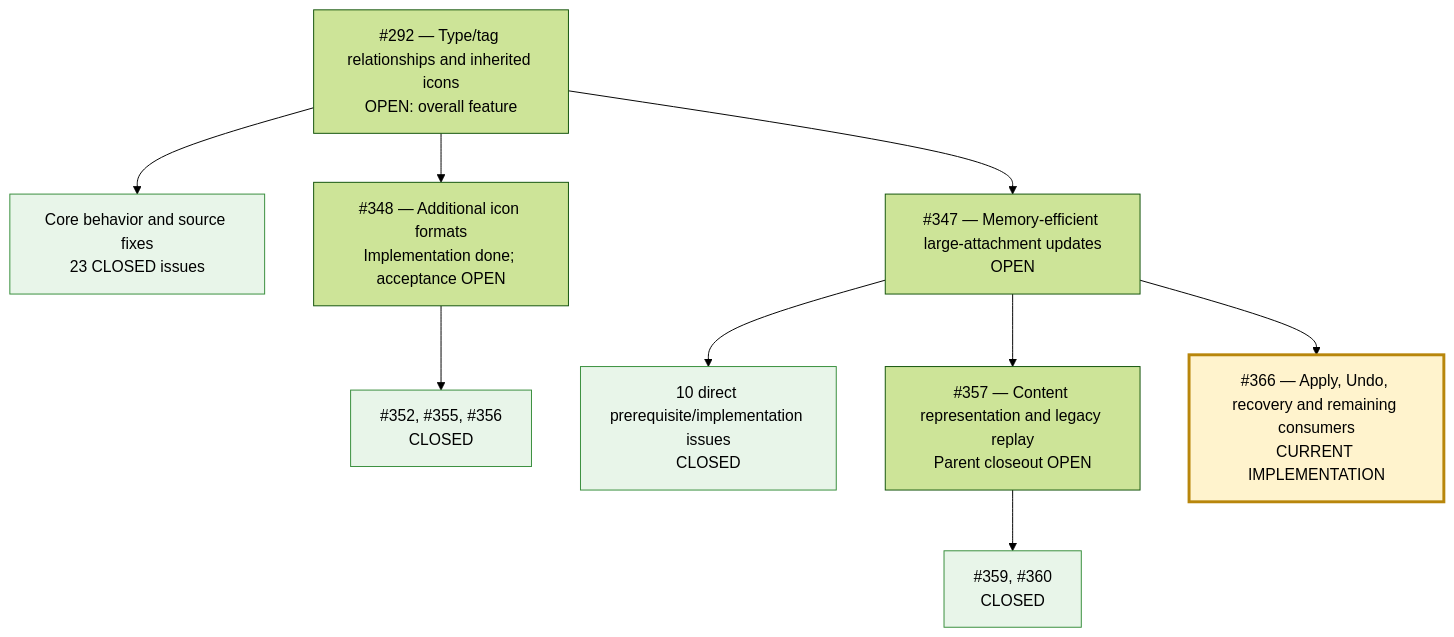
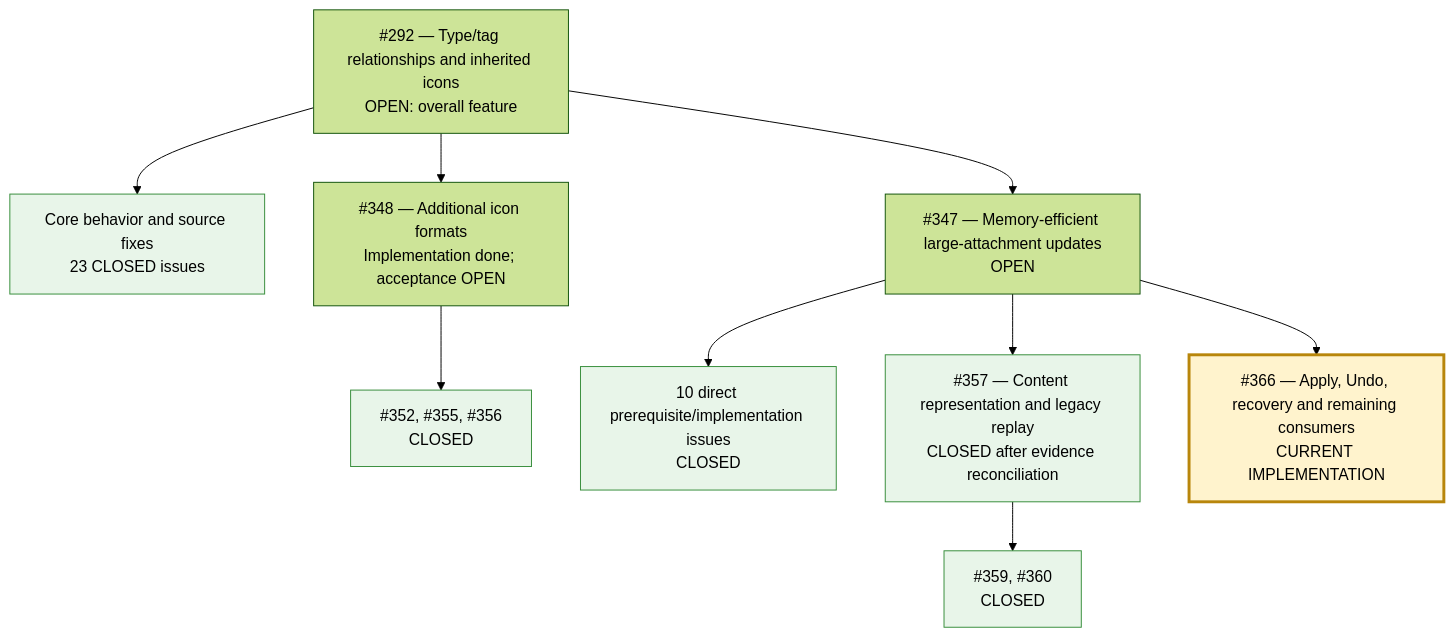
One commit to FuzzyUn1c0rn/brz2obsidian changed the diagram in ISSUE-OVERVIEW.md. Above: the diagram before and after it, drawn with Mermaid (forest theme). The commit also changed other lines of this file, not shown here.

Commit message:
Record completed content replay parent in issue overview

````diff
--- a/ISSUE-OVERVIEW.md
+++ b/ISSUE-OVERVIEW.md
@@ -21,18 +21,19 @@
 ```mermaid
 flowchart TD
     A["#292 — Type/tag relationships and inherited icons<br/>OPEN: overall feature"]
     A --> B["Core behavior and source fixes<br/>23 CLOSED issues"]
     A --> C["#348 — Additional icon formats<br/>Implementation done; acceptance OPEN"]
     C --> D["#352, #355, #356<br/>CLOSED"]
     A --> E["#347 — Memory-efficient large-attachment updates<br/>OPEN"]
     E --> F["10 direct prerequisite/implementation issues<br/>CLOSED"]
-    E --> G["#357 — Content representation and legacy replay<br/>Parent closeout OPEN"]
+    E --> G["#357 — Content representation and legacy replay<br/>CLOSED after evidence reconciliation"]
     G --> H["#359, #360<br/>CLOSED"]
     E --> I["#366 — Apply, Undo, recovery and remaining consumers<br/>CURRENT IMPLEMENTATION"]
 
     style I fill:#fff3cd,stroke:#b8860b,stroke-width:3px
     style B fill:#e8f5e9,stroke:#388e3c
     style D fill:#e8f5e9,stroke:#388e3c
     style F fill:#e8f5e9,stroke:#388e3c
+    style G fill:#e8f5e9,stroke:#388e3c
     style H fill:#e8f5e9,stroke:#388e3c
 ```
````
